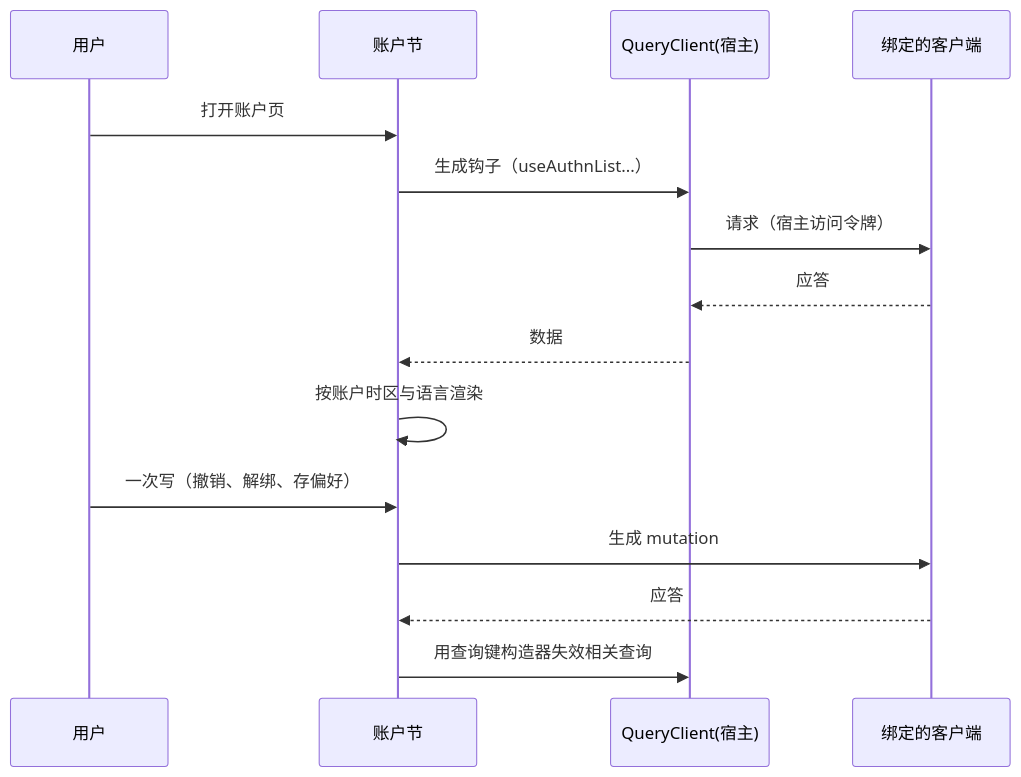
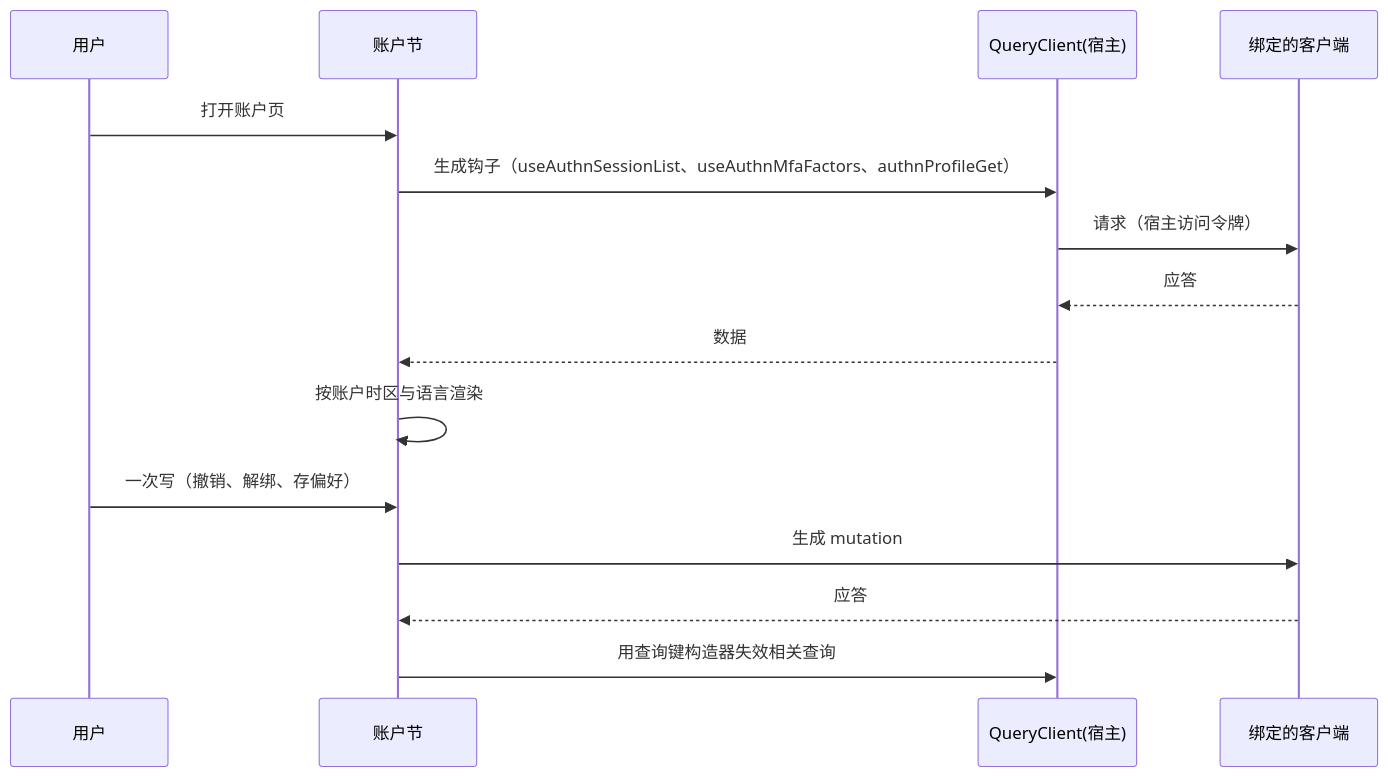
Before and after one commit to wangzw/speed: the diagram in docs/design/modules/web/design-web-account-ui.md, drawn with Mermaid. The commit also changed other lines of this file and 534 other files, not shown here.

````diff
--- a/docs/design/modules/web/design-web-account-ui.md
+++ b/docs/design/modules/web/design-web-account-ui.md
@@ -63,17 +64,17 @@
 ```mermaid
 sequenceDiagram
     participant U as 用户
     participant S as 账户节
     participant Q as QueryClient(宿主)
     participant C as 绑定的客户端
     U->>S: 打开账户页
-    S->>Q: 生成钩子（useAuthnList...）
+    S->>Q: 生成钩子（useAuthnSessionList、useAuthnMfaFactors、authnProfileGet）
     Q->>C: 请求（宿主访问令牌）
     C-->>Q: 应答
     Q-->>S: 数据
     S->>S: 按账户时区与语言渲染
     U->>S: 一次写（撤销、解绑、存偏好）
     S->>C: 生成 mutation
     C-->>S: 应答
     S->>Q: 用查询键构造器失效相关查询
 ```
````
